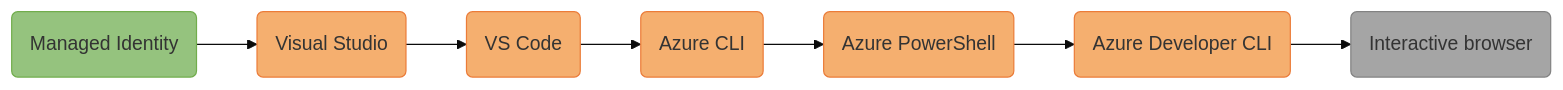
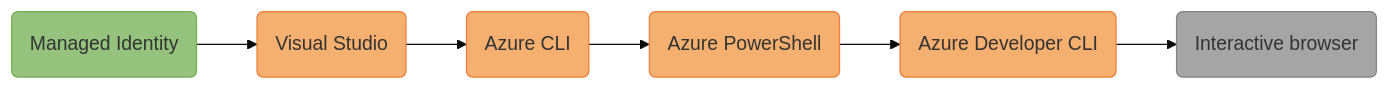
The diagram in docs/azure/sdk/media/credential-chains/DefaultAzureCredentialExcludes.md (dotnet/docs), drawn with Mermaid before and after one commit. The commit also changed 4 other files, not shown here.

Commit message:
Edit diagrams

````diff
--- a/docs/azure/sdk/media/credential-chains/DefaultAzureCredentialExcludes.md
+++ b/docs/azure/sdk/media/credential-chains/DefaultAzureCredentialExcludes.md
@@ -1,25 +1,25 @@
 ```mermaid
 %% STEPS TO GENERATE IMAGE
 %% =======================
 %% 1. Install mermaid CLI v10.9.1 (see https://github.com/mermaid-js/mermaid-cli/blob/master/README.md):
 %%    npm i -g @mermaid-js/mermaid-cli@10.9.1
 %% 2. Run command: mmdc -i DefaultAzureCredentialExcludes.md -o DefaultAzureCredentialExcludes.svg
 
 %%{
   init: {
     'theme': 'base',
     'themeVariables': {
       'tertiaryBorderColor': '#fff',
       'tertiaryColor': '#fff'
     }
   }
 }%%
 
 flowchart LR;
-    C(Managed Identity):::deployed --> D(Visual Studio):::developer --> E(VS Code):::developer --> F(Azure CLI):::developer --> G(Azure PowerShell):::developer --> H(Azure Developer CLI):::developer --> I(Interactive browser):::interactive;
+    C(Managed Identity):::deployed --> D(Visual Studio):::developer --> E(Azure CLI):::developer --> F(Azure PowerShell):::developer --> G(Azure Developer CLI):::developer --> H(Interactive browser):::interactive;
 
     %% Define styles for credential type boxes
     classDef deployed fill:#95C37E, stroke:#71AD4C;
     classDef developer fill:#F5AF6F, stroke:#EB7C39;
     classDef interactive fill:#A5A5A5, stroke:#828282;
 ```
````
